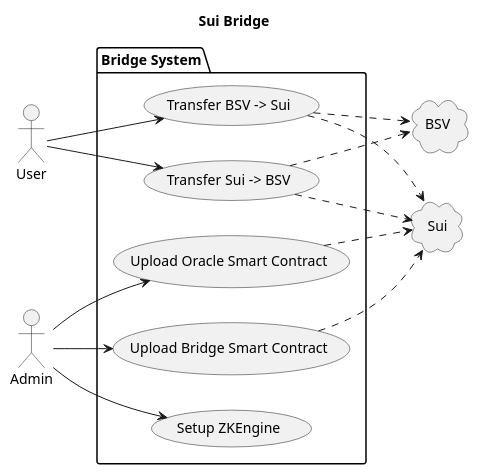
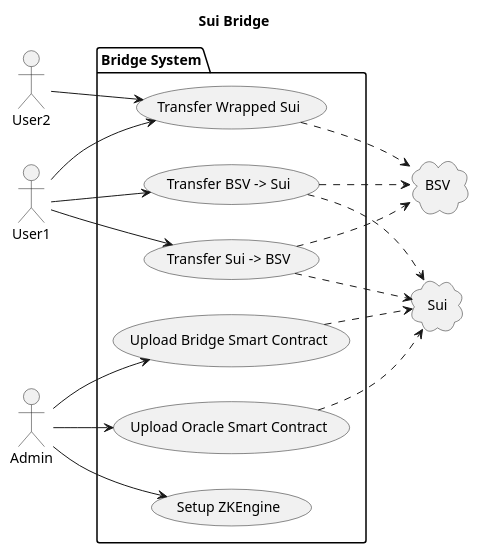
The diagram in docs/diagrams/use-case.puml (nchain-innovation/tcpBridge), drawn with PlantUML before and after one commit. The commit also changed 8 other files, not shown here.

```diff
--- a/docs/diagrams/use-case.puml
+++ b/docs/diagrams/use-case.puml
@@ -1,43 +1,53 @@
 @startuml
 title Sui Bridge
 left to right direction
 
-actor User as U
+actor User1 as U
+actor User2 as U2
+
 
 actor Admin as A
 
 cloud Sui
 cloud BSV
 
 
 package "Bridge System" {
 
+    '(Wrap Sui on BSV) 
+    '(Unwrap Sui )
+    
     (Transfer Sui -> BSV) 
-    (Transfer BSV -> Sui)
-    
+    (Transfer BSV -> Sui) 
+
+    (Transfer Wrapped Sui) 
+
     (Upload Bridge Smart Contract) ..> Sui
     (Upload Oracle Smart Contract) ..> Sui
 
     (Setup ZKEngine)
 
 }
 
 
 
 U --> (Transfer Sui -> BSV)
 U --> (Transfer BSV -> Sui)
 
 (Transfer Sui -> BSV) ..> BSV
 (Transfer BSV -> Sui) ..> BSV
 
 (Transfer Sui -> BSV) ..> Sui
 (Transfer BSV -> Sui) ..> Sui
 
+U --> (Transfer Wrapped Sui) 
+U2 --> (Transfer Wrapped Sui) 
+(Transfer Wrapped Sui)  ..> BSV
 
 A --> (Upload Bridge Smart Contract)
 A --> (Upload Oracle Smart Contract)
 A --> (Setup ZKEngine)
 
 
 
 @enduml
```
